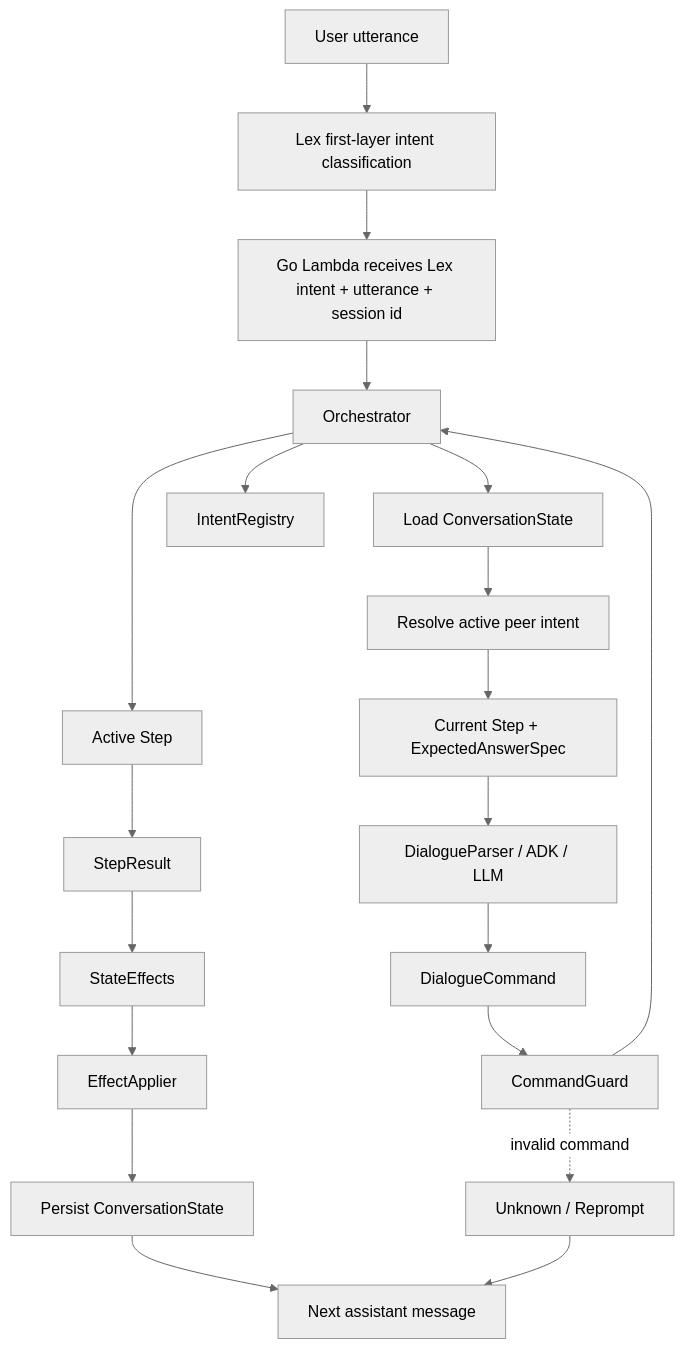
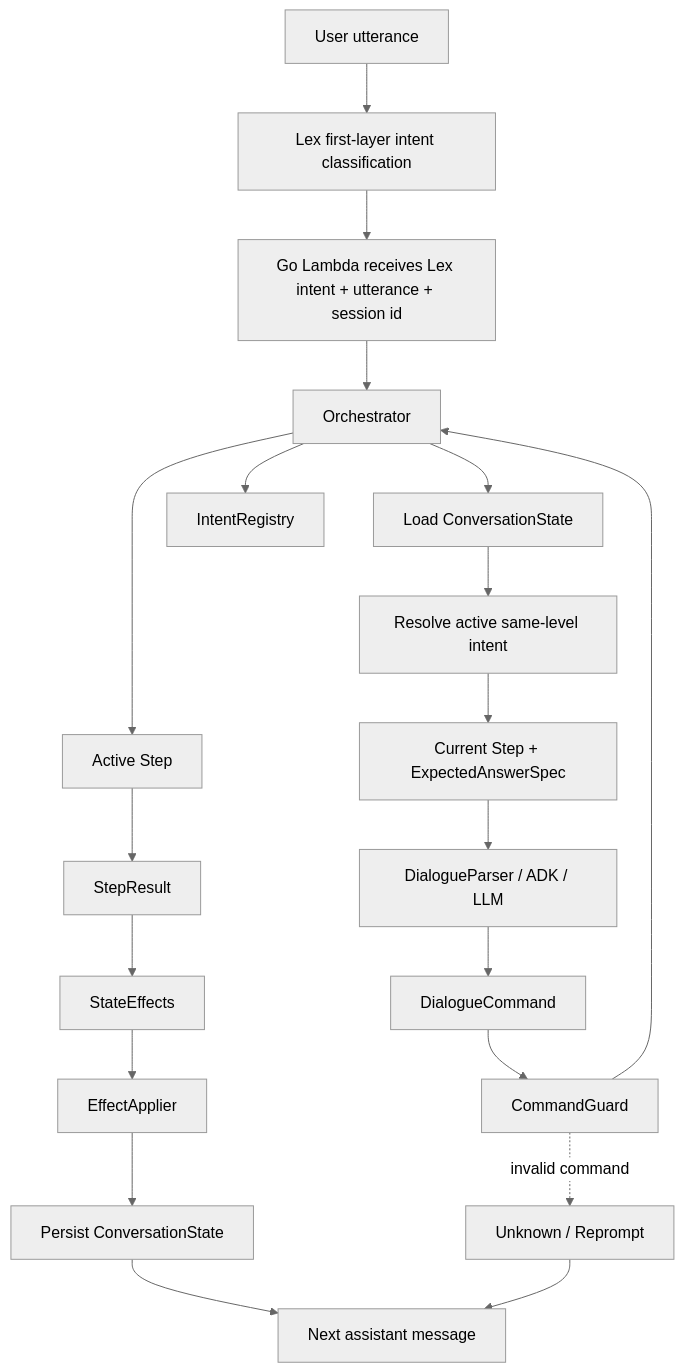
The first of 7 diagrams in docs/superpowers/specs/2026-06-07-intent-step-orchestration-confluence.md (fghjkl007/adk-go-company-model-integration), drawn with Mermaid (neutral theme) before and after one commit. The commit also changed other lines of this file, not shown here.

````diff
--- a/docs/superpowers/specs/2026-06-07-intent-step-orchestration-confluence.md
+++ b/docs/superpowers/specs/2026-06-07-intent-step-orchestration-confluence.md
@@ -84,23 +84,23 @@
 ```mermaid
 flowchart TD
   User["User utterance"] --> Lex["Lex first-layer intent classification"]
   Lex --> Lambda["Go Lambda receives Lex intent + utterance + session id"]
   Lambda --> Orchestrator["Orchestrator"]
   Orchestrator --> StateRepoLoad["Load ConversationState"]
-  StateRepoLoad --> ResolveIntent["Resolve active peer intent"]
+  StateRepoLoad --> ResolveIntent["Resolve active same-level intent"]
   ResolveIntent --> ExpectedSpec["Current Step + ExpectedAnswerSpec"]
   ExpectedSpec --> Parser["DialogueParser / ADK / LLM"]
   Parser --> Command["DialogueCommand"]
   Command --> Guard["CommandGuard"]
   Guard --> Orchestrator
   Orchestrator --> IntentRegistry["IntentRegistry"]
   Orchestrator --> ActiveStep["Active Step"]
   ActiveStep --> StepResult["StepResult"]
   StepResult --> Effects["StateEffects"]
   Effects --> Applier["EffectApplier"]
   Applier --> StateRepo["Persist ConversationState"]
   StateRepo --> Response["Next assistant message"]
 
   Guard -. "invalid command" .-> Unknown["Unknown / Reprompt"]
   Unknown --> Response
 ```
````
